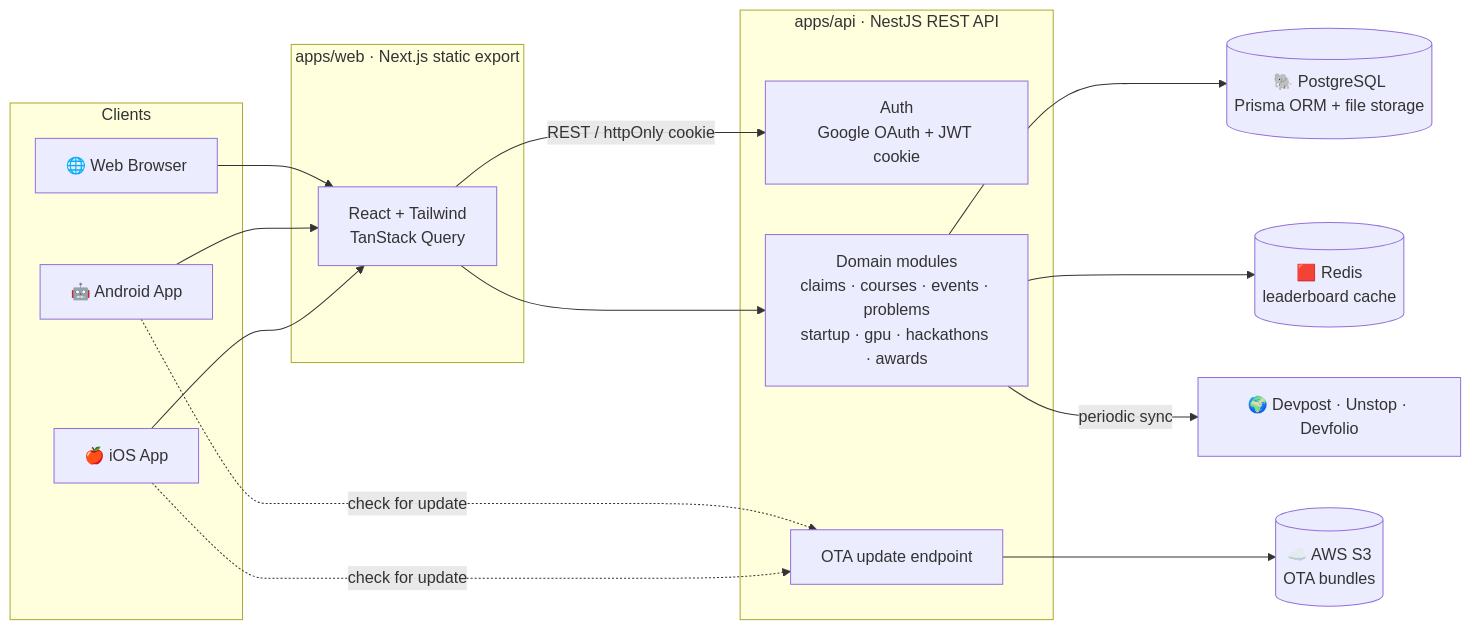
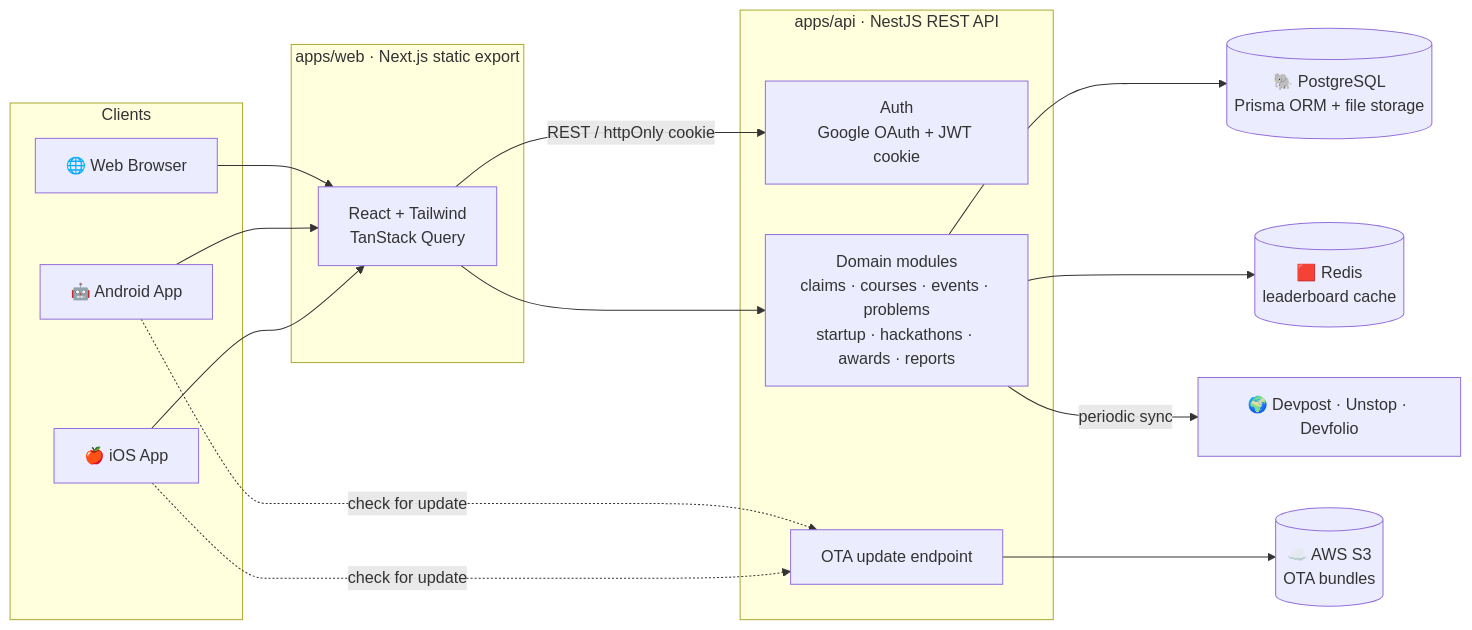
One commit to technovanam/NVDIA-App changed the diagram in README.md. Above: the diagram before and after it, drawn with Mermaid. The commit also changed other lines of this file, not shown here.

Commit message:
docs: update README to reflect latest portal features, modules, and deployment options

````diff
--- a/README.md
+++ b/README.md
@@ -237,35 +235,35 @@
 ```mermaid
 flowchart LR
     subgraph Clients
         W[🌐 Web Browser]
         A[🤖 Android App]
         I[🍎 iOS App]
     end
 
     subgraph Frontend["apps/web · Next.js static export"]
         UI[React + Tailwind<br/>TanStack Query]
     end
 
     subgraph Backend["apps/api · NestJS REST API"]
         AUTH[Auth<br/>Google OAuth + JWT cookie]
-        MOD[Domain modules<br/>claims · courses · events · problems<br/>startup · gpu · hackathons · awards]
+        MOD[Domain modules<br/>claims · courses · events · problems<br/>startup · hackathons · awards · reports]
         OTA[OTA update endpoint]
     end
 
     PG[(🐘 PostgreSQL<br/>Prisma ORM + file storage)]
     RD[(🟥 Redis<br/>leaderboard cache)]
     S3[(☁️ AWS S3<br/>OTA bundles)]
     EXT[🌍 Devpost · Unstop · Devfolio]
 
     W --> UI
     A --> UI
     I --> UI
     UI -- REST / httpOnly cookie --> AUTH
     UI --> MOD
     A -. check for update .-> OTA
     I -. check for update .-> OTA
     MOD --> PG
     MOD --> RD
     OTA --> S3
     MOD -- periodic sync --> EXT
 ```
````
